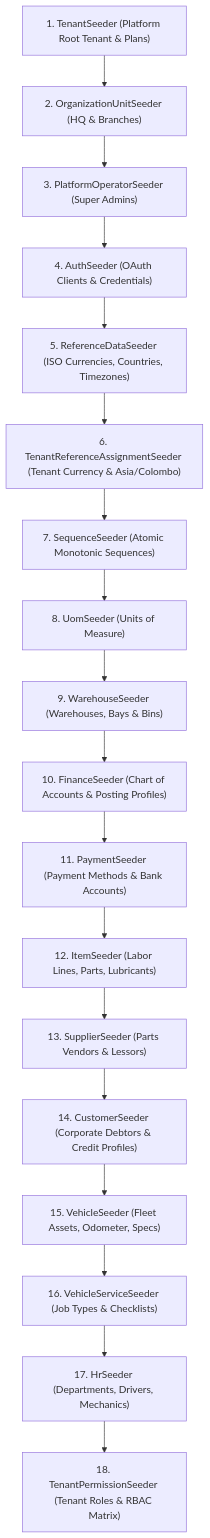
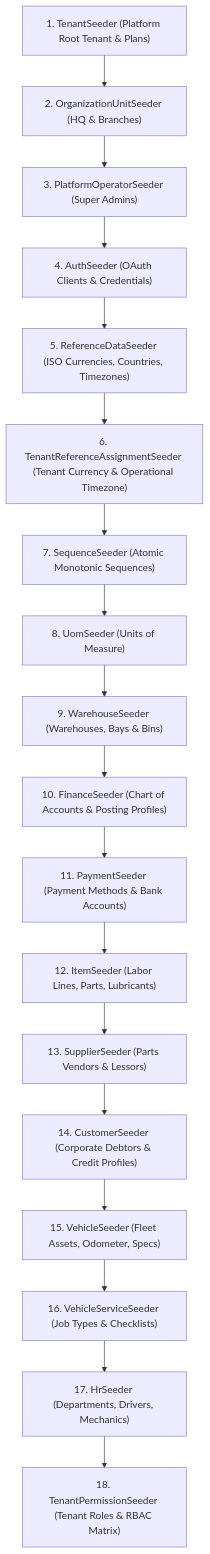
Before and after one commit to kasunvimarshana/AutoERP: the second of 4 diagrams in docs/project_knowledgebase.md, drawn with Mermaid. The commit also changed other lines of this file and 48 other files, not shown here.

````diff
--- a/docs/project_knowledgebase.md
+++ b/docs/project_knowledgebase.md
@@ -540,20 +540,20 @@
 ```mermaid
 flowchart TD
     S1["1. TenantSeeder (Platform Root Tenant & Plans)"] --> S2["2. OrganizationUnitSeeder (HQ & Branches)"]
     S2 --> S3["3. PlatformOperatorSeeder (Super Admins)"]
     S3 --> S4["4. AuthSeeder (OAuth Clients & Credentials)"]
     S4 --> S5["5. ReferenceDataSeeder (ISO Currencies, Countries, Timezones)"]
-    S5 --> S6["6. TenantReferenceAssignmentSeeder (Tenant Currency & Asia/Colombo)"]
+    S5 --> S6["6. TenantReferenceAssignmentSeeder (Tenant Currency & Operational Timezone)"]
     S6 --> S7["7. SequenceSeeder (Atomic Monotonic Sequences)"]
     S7 --> S8["8. UomSeeder (Units of Measure)"]
     S8 --> S9["9. WarehouseSeeder (Warehouses, Bays & Bins)"]
     S9 --> S10["10. FinanceSeeder (Chart of Accounts & Posting Profiles)"]
     S10 --> S11["11. PaymentSeeder (Payment Methods & Bank Accounts)"]
     S11 --> S12["12. ItemSeeder (Labor Lines, Parts, Lubricants)"]
     S12 --> S13["13. SupplierSeeder (Parts Vendors & Lessors)"]
     S13 --> S14["14. CustomerSeeder (Corporate Debtors & Credit Profiles)"]
     S14 --> S15["15. VehicleSeeder (Fleet Assets, Odometer, Specs)"]
     S15 --> S16["16. VehicleServiceSeeder (Job Types & Checklists)"]
     S16 --> S17["17. HrSeeder (Departments, Drivers, Mechanics)"]
     S17 --> S18["18. TenantPermissionSeeder (Tenant Roles & RBAC Matrix)"]
 ```
````
